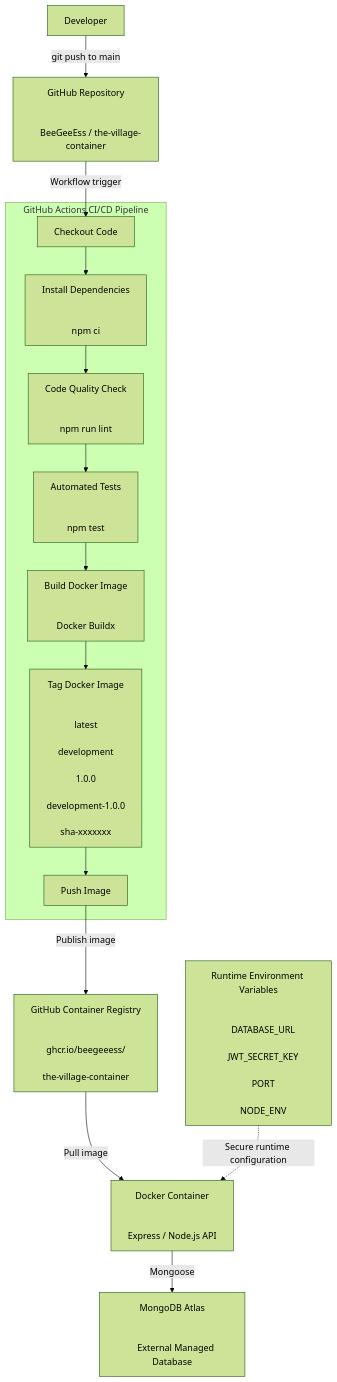
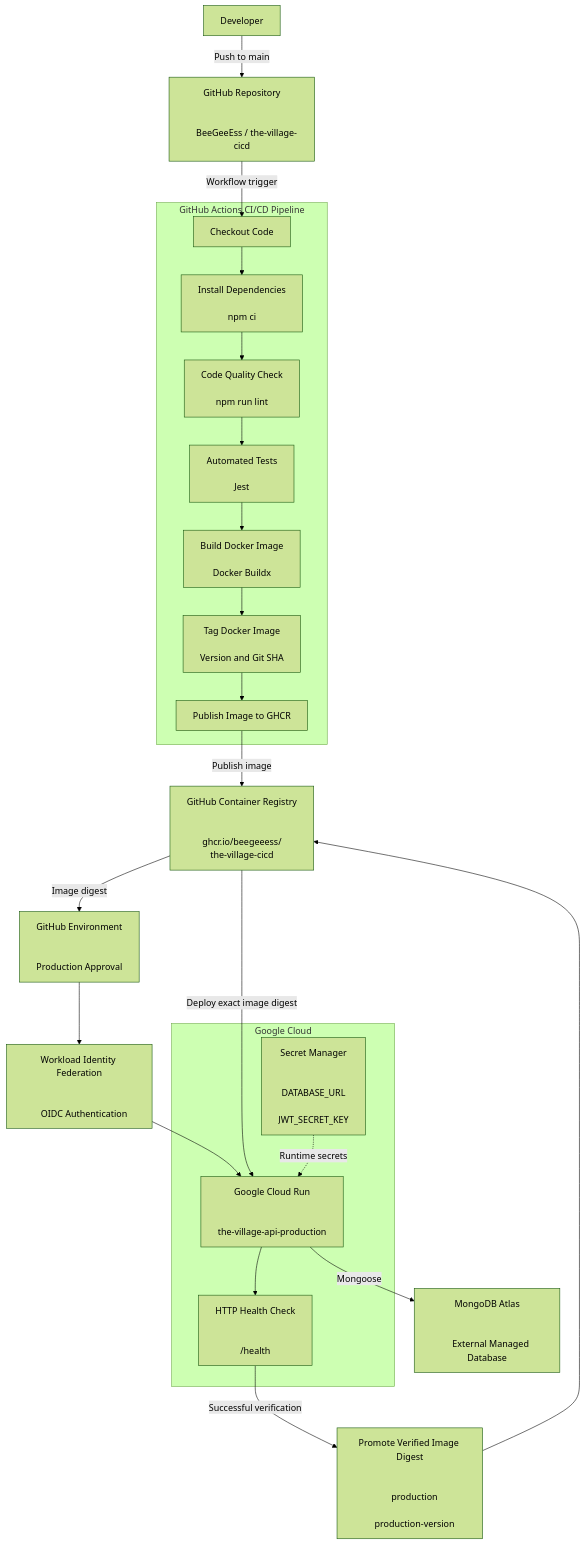
Before and after one commit to BeeGeeEss/the-village-CICD: the third of 3 diagrams in README.md, drawn with Mermaid (forest theme). The commit also changed other lines of this file and 5 other files, not shown here.

````diff
--- a/README.md
+++ b/README.md
@@ -205,41 +203,20 @@
 ```mermaid
 flowchart TB
 
-    %% DEVELOPER
-
     DEV["Developer"]
 
-    %% SOURCE CONTROL
-
     REPO["GitHub Repository<br/><br/>
-    BeeGeeEss / the-village-container"]
-
-    %% CI/CD PIPELINE
+    BeeGeeEss / the-village-cicd"]
 
     subgraph ACTIONS["GitHub Actions CI/CD Pipeline"]
 
         CHECKOUT["Checkout Code"]
-
-        INSTALL["Install Dependencies<br/><br/>
-        npm ci"]
-
-        LINT["Code Quality Check<br/><br/>
-        npm run lint"]
-
-        TEST["Automated Tests<br/><br/>
-        npm test"]
-
-        BUILD["Build Docker Image<br/><br/>
-        Docker Buildx"]
-
-        TAG["Tag Docker Image<br/><br/>
-        latest<br/>
-        development<br/>
-        1.0.0<br/>
-        development-1.0.0<br/>
-        sha-xxxxxxx"]
-
-        PUSH["Push Image"]
+        INSTALL["Install Dependencies<br/><br/>npm ci"]
+        LINT["Code Quality Check<br/><br/>npm run lint"]
+        TEST["Automated Tests<br/><br/>Jest"]
+        BUILD["Build Docker Image<br/><br/>Docker Buildx"]
+        TAG["Tag Docker Image<br/><br/>Version and Git SHA"]
+        PUSH["Publish Image to GHCR"]
 
         CHECKOUT --> INSTALL
         INSTALL --> LINT
@@ -250,41 +227,46 @@
 
     end
 
-    %% CONTAINER REGISTRY
+    GHCR["GitHub Container Registry<br/><br/>
+    ghcr.io/beegeeess/<br/>the-village-cicd"]
 
-    GHCR["GitHub Container Registry<br/><br/>
-    ghcr.io/beegeeess/<br/>
-    the-village-container"]
+    APPROVAL["GitHub Environment<br/><br/>
+    Production Approval"]
 
-    %% RUNTIME
+    OIDC["Workload Identity Federation<br/><br/>
+    OIDC Authentication"]
 
-    CONTAINER["Docker Container<br/><br/>
-    Express / Node.js API"]
+    subgraph GCP["Google Cloud"]
 
-    %% RUNTIME CONFIGURATION
+        CLOUDRUN["Google Cloud Run<br/><br/>
+        the-village-api-production"]
 
-    SECRETS["Runtime Environment Variables<br/><br/>
-    DATABASE_URL<br/>
-    JWT_SECRET_KEY<br/>
-    PORT<br/>
-    NODE_ENV"]
+        SECRET["Secret Manager<br/><br/>
+        DATABASE_URL<br/>
+        JWT_SECRET_KEY"]
 
-    %% DATABASE
+        HEALTH["HTTP Health Check<br/><br/>
+        /health"]
+
+    end
 
     DB["MongoDB Atlas<br/><br/>
     External Managed Database"]
 
-    %% CONNECTIONS
+    PROMOTE["Promote Verified Image Digest<br/><br/>
+    production<br/>
+    production-version"]
 
-    DEV -->|"git push to main"| REPO
-
+    DEV -->|"Push to main"| REPO
     REPO -->|"Workflow trigger"| CHECKOUT
-
     PUSH -->|"Publish image"| GHCR
-
-    GHCR -->|"Pull image"| CONTAINER
-
-    SECRETS -.->|"Secure runtime configuration"| CONTAINER
-
-    CONTAINER -->|"Mongoose"| DB
+    GHCR -->|"Image digest"| APPROVAL
+    APPROVAL --> OIDC
+    OIDC --> CLOUDRUN
+    GHCR -->|"Deploy exact image digest"| CLOUDRUN
+    SECRET -.->|"Runtime secrets"| CLOUDRUN
+    CLOUDRUN -->|"Mongoose"| DB
+    CLOUDRUN --> HEALTH
+    HEALTH -->|"Successful verification"| PROMOTE
+    PROMOTE --> GHCR
 ```
````
